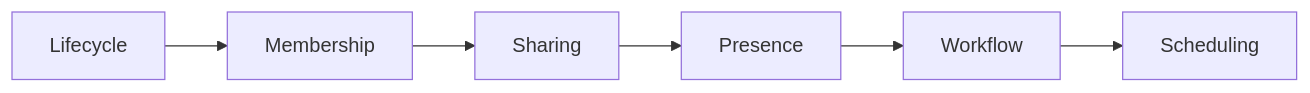
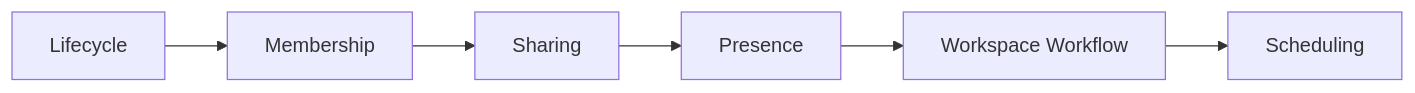
Before and after one commit to 122sp7/xuanwu-app: the second of 2 diagrams in docs/contexts/workspace/subdomains.md, drawn with Mermaid. The commit also changed other lines of this file and 12 other files, not shown here.

Commit message:
refactor: update platform and workspace documentation to clarify AI capabilities and workflow definitions

````diff
--- a/docs/contexts/workspace/subdomains.md
+++ b/docs/contexts/workspace/subdomains.md
@@ -54,8 +55,8 @@
 ```mermaid
 flowchart LR
 	Lifecycle["Lifecycle"] --> Membership["Membership"]
 	Membership --> Sharing["Sharing"]
 	Sharing --> Presence["Presence"]
-	Presence --> Workflow["Workflow"]
+	Presence --> Workflow["Workspace Workflow"]
 	Workflow --> Scheduling["Scheduling"]
 ```
````
